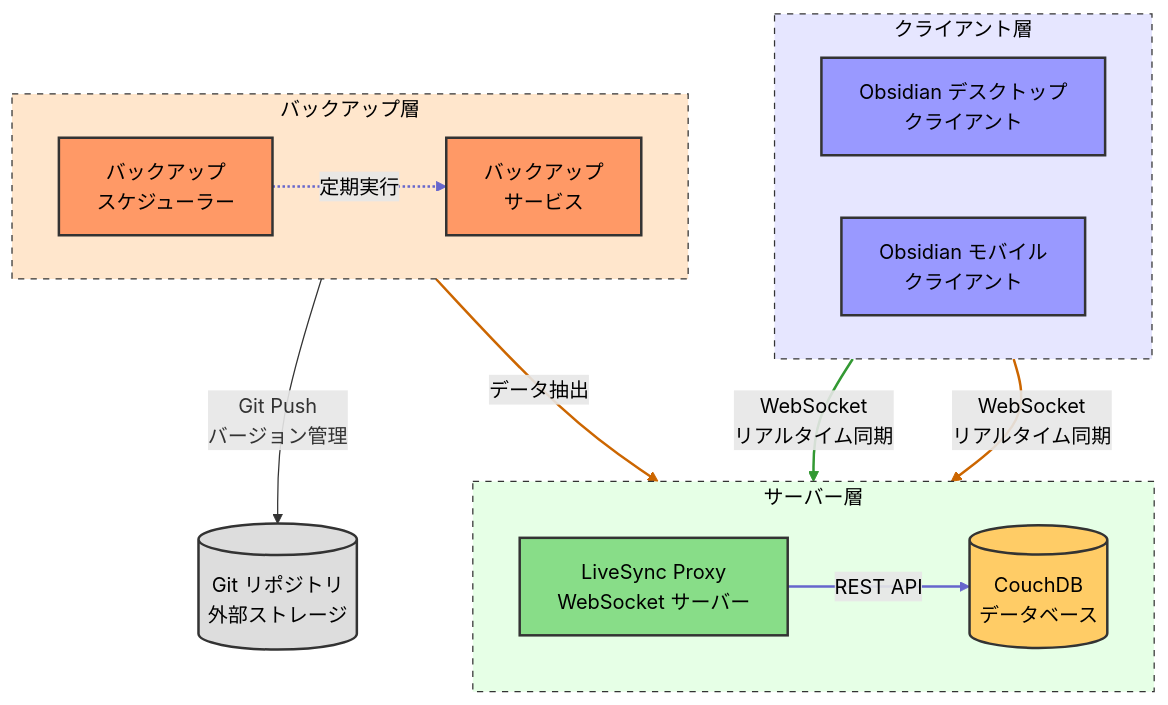
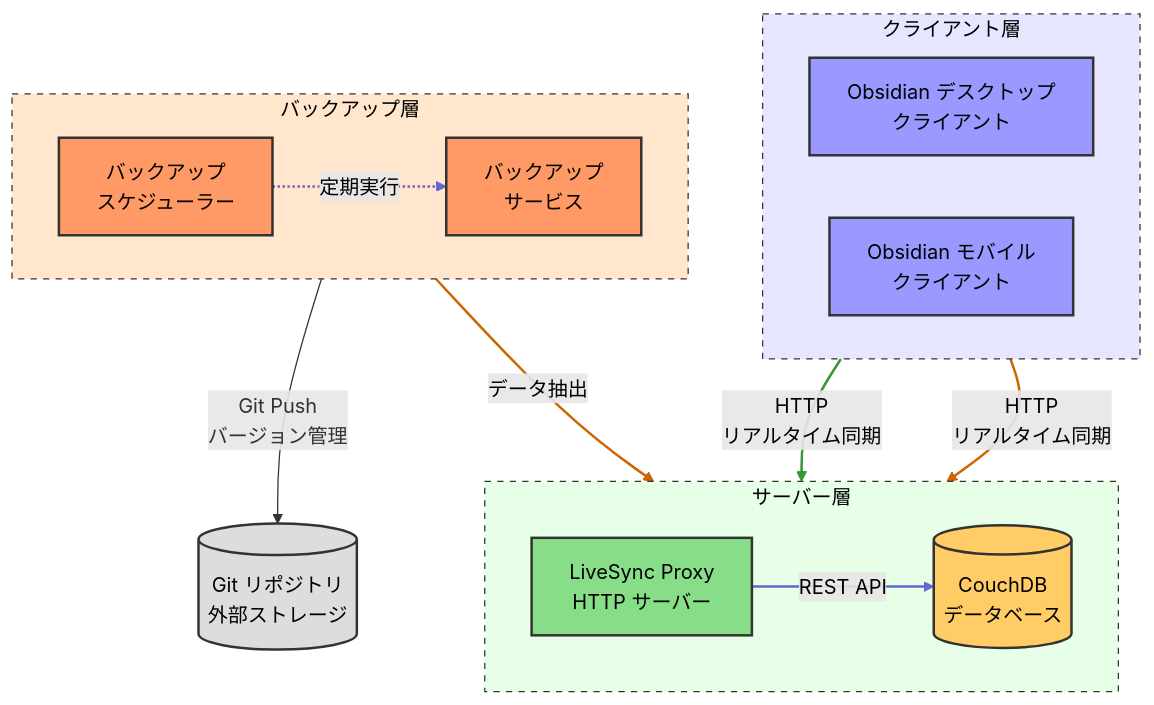
One commit to ystk-kai/obsidian-sync changed the diagram in README.md. Above: the diagram before and after it, drawn with Mermaid. The commit also changed other lines of this file and 21 other files, not shown here.

First line of the commit message:
Refactor LiveSync Proxy to use HTTP instead of WebSocket

````diff
--- a/README.md
+++ b/README.md
@@ -11,57 +11,57 @@
 ```mermaid
 flowchart TD
     %% サブグラフを使って機能ごとにグループ化
     subgraph クライアント["クライアント層"]
         direction LR
         A[Obsidian デスクトップ<br>クライアント] 
         C[Obsidian モバイル<br>クライアント]
     end
 
     subgraph サーバー["サーバー層"]
         direction LR
-        B[LiveSync Proxy<br>WebSocket サーバー]
+        B[LiveSync Proxy<br>HTTP サーバー]
         D[(CouchDB<br>データベース)]
         B --REST API--> D
     end
 
     subgraph バックアップ["バックアップ層"]
         direction LR
         E[バックアップ<br>スケジューラー]
         F[バックアップ<br>サービス]
         E -.定期実行.-> F
     end
 
     G[(Git リポジトリ<br>外部ストレージ)]
 
     %% 接続関係
-    A --"WebSocket<br>リアルタイム同期"--> B
-    C --"WebSocket<br>リアルタイム同期"--> B
+    A --"HTTP<br>リアルタイム同期"--> B
+    C --"HTTP<br>リアルタイム同期"--> B
     F --"データ抽出"--> D
     F --"Git Push<br>バージョン管理"--> G
     
     %% スタイリング
     classDef client fill:#9999ff,stroke:#333,stroke-width:2px,color:#000,border-radius:8px
     classDef server fill:#88dd88,stroke:#333,stroke-width:2px,color:#000,border-radius:8px
     classDef database fill:#ffcc66,stroke:#333,stroke-width:2px,color:#000,border-radius:8px
     classDef backup fill:#ff9966,stroke:#333,stroke-width:2px,color:#000,border-radius:8px
     classDef storage fill:#dddddd,stroke:#333,stroke-width:2px,color:#000,border-radius:8px
     
     %% クラスの適用
     class A,C client
     class B server
     class D database
     class E,F backup
     class G storage
     
     %% サブグラフのスタイル
     style クライアント fill:#e6e6ff,stroke:#333,color:#000,stroke-dasharray: 5 5
     style サーバー fill:#e6ffe6,stroke:#333,color:#000,stroke-dasharray: 5 5
     style バックアップ fill:#ffe6cc,stroke:#333,color:#000,stroke-dasharray: 5 5
     
     %% リンクスタイル
     linkStyle 0 stroke:#6666cc,stroke-width:2px,color:#000
     linkStyle 1 stroke:#6666cc,stroke-width:2px,color:#000
     linkStyle 2 stroke:#339933,stroke-width:2px,color:#000
     linkStyle 3 stroke:#cc6600,stroke-width:2px,color:#000
     linkStyle 4 stroke:#cc6600,stroke-width:2px,color:#000
 ```
````
